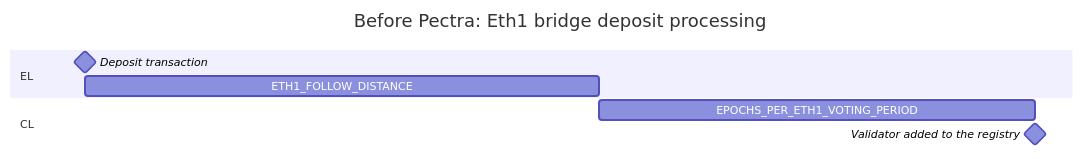
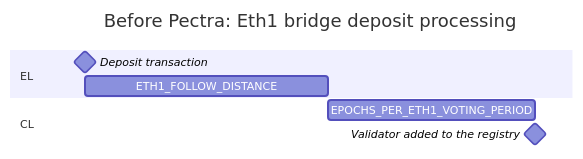
The first of 3 diagrams in LIPS/lip-27.md (Hawthorne001/lido-improvement-proposals), drawn with Mermaid before and after one commit. The commit also changed other lines of this file, not shown here.

Commit message:
fix: gantt preview on github

````diff
--- a/LIPS/lip-27.md
+++ b/LIPS/lip-27.md
@@ -105,16 +105,22 @@
 ```mermaid
+---
+config:
+  gantt:
+    useWidth: 600
+    useMaxWidth: false
+---
 gantt
   title Before Pectra: Eth1 bridge deposit processing
   dateFormat HH:mm
   axisFormat %
   todayMarker off
   tickInterval 12month
 
   section EL
   Deposit transaction             : milestone, m1, 00:00, 0m
   ETH1_FOLLOW_DISTANCE            : 8h
 
   section CL
   EPOCHS_PER_ETH1_VOTING_PERIOD   : 6.8h
   Validator added to the registry : milestone, m2
 ```
````
